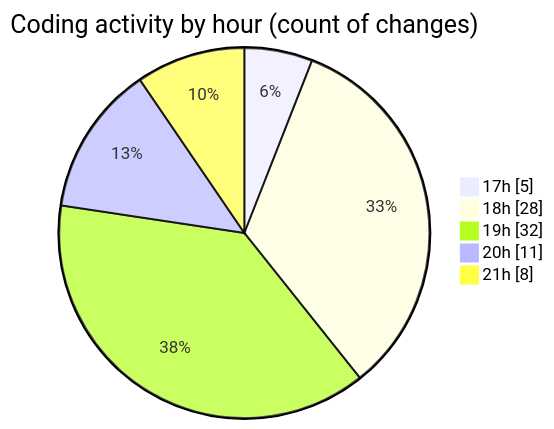
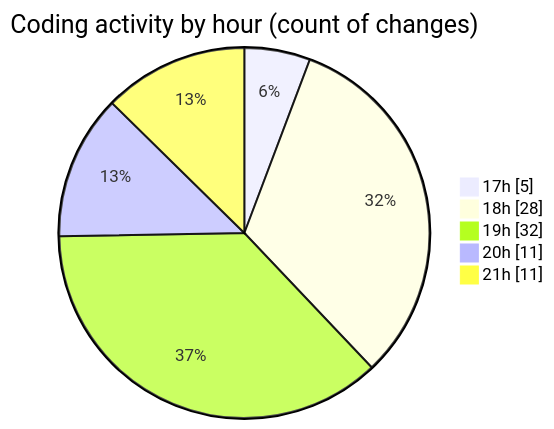
One commit to donsfak/code-tracking changed the second of 2 diagrams in 2025-01-01/uber_clone/README.md. Above: the diagram before and after it, drawn with Mermaid. The commit also changed other lines of this file and 1 other file, not shown here.

````diff
--- a/2025-01-01/uber_clone/README.md
+++ b/2025-01-01/uber_clone/README.md
@@ -44,9 +44,9 @@
 ```mermaid
 pie showData
 title Coding activity by hour (count of changes)
 "17h" : 5
 "18h" : 28
 "19h" : 32
 "20h" : 11
-"21h" : 8
+"21h" : 11
 ```
````
